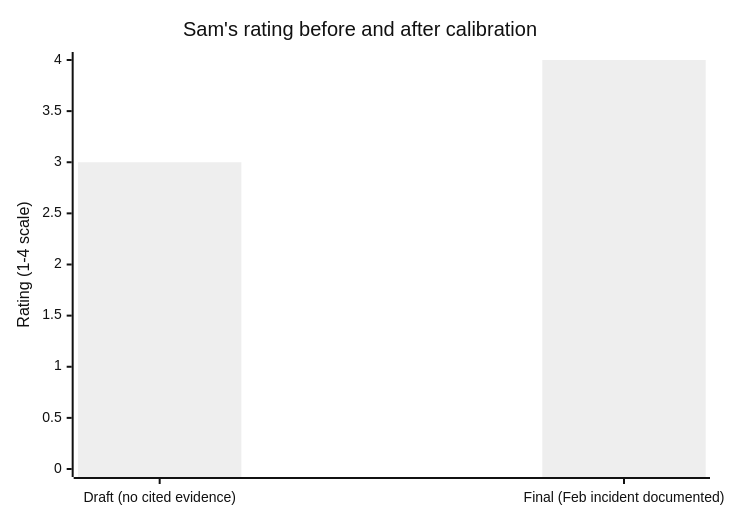
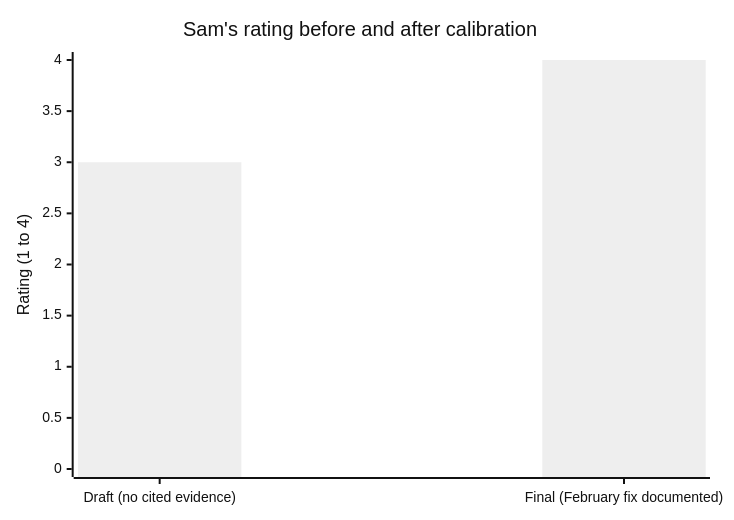
One commit to francoandreDev/knowledge changed the diagram in src/content/people-management/calibration/L3-deep-dive.mdx. Above: the diagram before and after it, drawn with Mermaid (neutral theme). The commit also changed other lines of this file and 36 other files, not shown here.

````diff
--- a/src/content/people-management/calibration/L3-deep-dive.mdx
+++ b/src/content/people-management/calibration/L3-deep-dive.mdx
@@ -119,7 +96,7 @@
 ```mermaid
 xychart-beta
     title "Sam's rating before and after calibration"
-    x-axis ["Draft (no cited evidence)", "Final (Feb incident documented)"]
-    y-axis "Rating (1-4 scale)" 0 --> 4
+    x-axis ["Draft (no cited evidence)", "Final (February fix documented)"]
+    y-axis "Rating (1 to 4)" 0 --> 4
     bar [3, 4]
 ```
````
